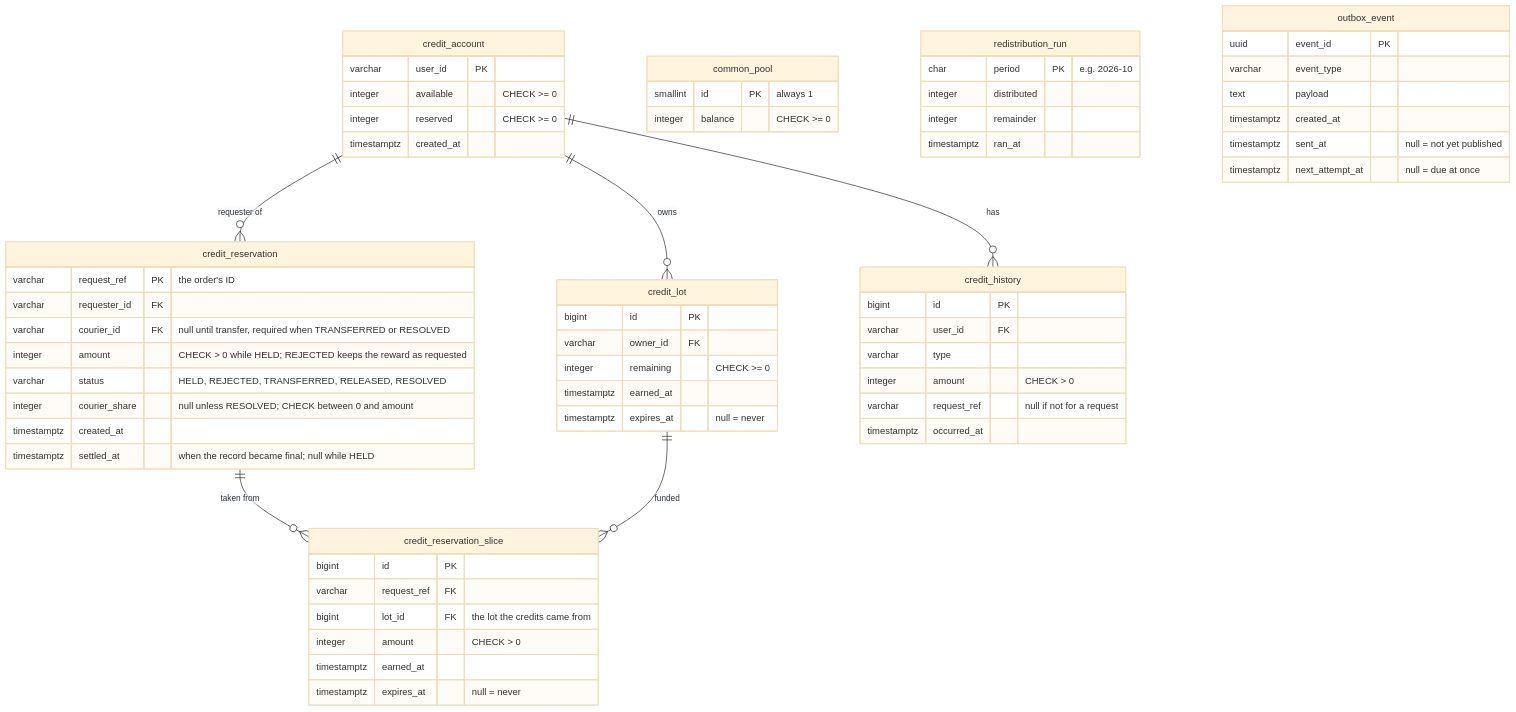
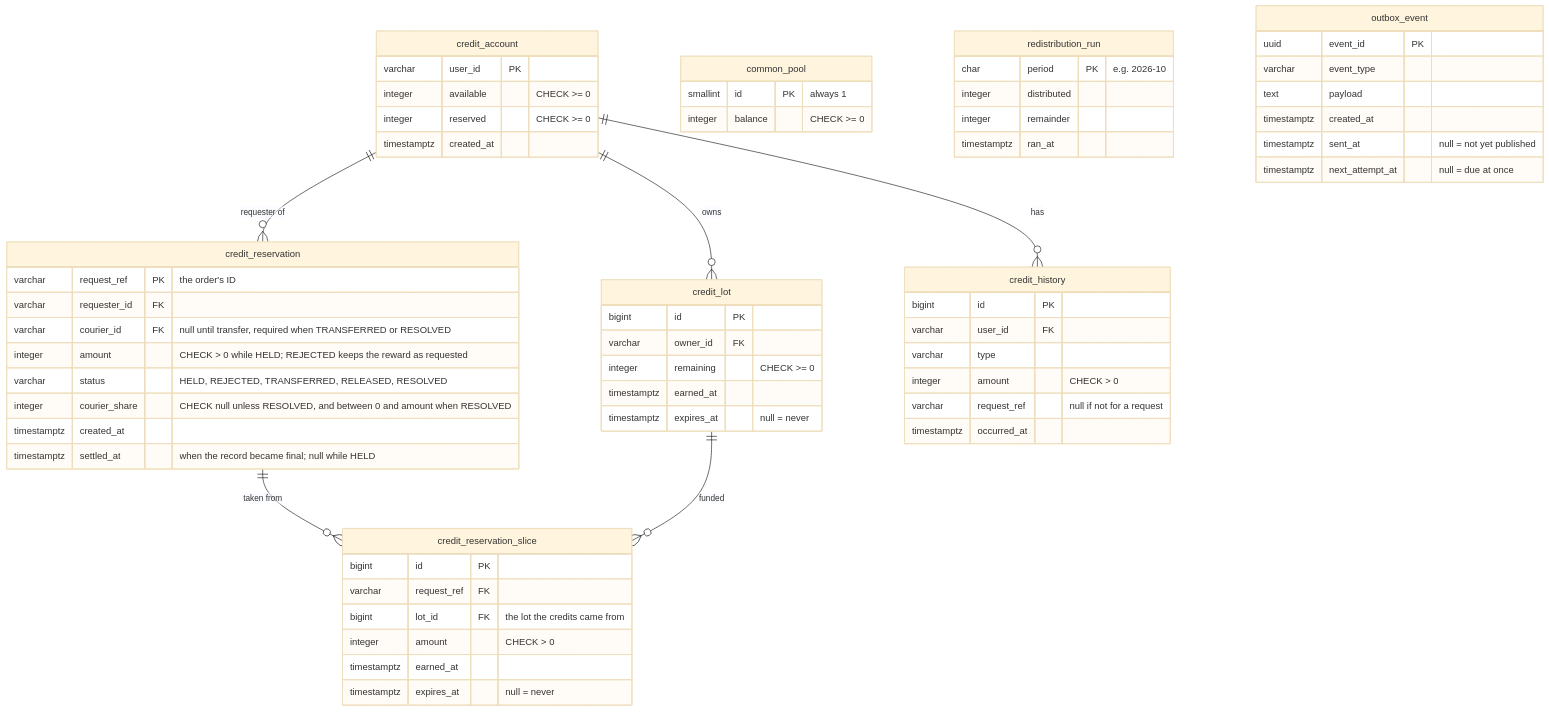
One commit to AY2627S1-CS3219-P23/foc changed the diagram in docs/credit-service.md. Above: the diagram before and after it, drawn with Mermaid (base theme). The commit also changed other lines of this file and 12 other files, not shown here.

````diff
--- a/docs/credit-service.md
+++ b/docs/credit-service.md
@@ -203,66 +212,66 @@
 ```mermaid
 erDiagram
     credit_account ||--o{ credit_reservation : "requester of"
     credit_account ||--o{ credit_lot : owns
     credit_account ||--o{ credit_history : "has"
     credit_reservation ||--o{ credit_reservation_slice : "taken from"
     credit_lot ||--o{ credit_reservation_slice : "funded"
  
     credit_account {
         varchar user_id PK
         integer available "CHECK >= 0"
         integer reserved "CHECK >= 0"
         timestamptz created_at
     }
     credit_reservation {
         varchar request_ref PK "the order's ID"
         varchar requester_id FK
         varchar courier_id FK "null until transfer, required when TRANSFERRED or RESOLVED"
         integer amount "CHECK > 0 while HELD; REJECTED keeps the reward as requested"
         varchar status "HELD, REJECTED, TRANSFERRED, RELEASED, RESOLVED"
-        integer courier_share "null unless RESOLVED; CHECK between 0 and amount"
+        integer courier_share "CHECK null unless RESOLVED, and between 0 and amount when RESOLVED"
         timestamptz created_at
         timestamptz settled_at "when the record became final; null while HELD"
     }
     credit_reservation_slice {
         bigint id PK
         varchar request_ref FK
         bigint lot_id FK "the lot the credits came from"
         integer amount "CHECK > 0"
         timestamptz earned_at
         timestamptz expires_at "null = never"
     }
     credit_lot {
         bigint id PK
         varchar owner_id FK
         integer remaining "CHECK >= 0"
         timestamptz earned_at
         timestamptz expires_at "null = never"
     }
     credit_history {
         bigint id PK
         varchar user_id FK
         varchar type
         integer amount "CHECK > 0"
         varchar request_ref "null if not for a request"
         timestamptz occurred_at
     }
     common_pool {
         smallint id PK "always 1"
         integer balance "CHECK >= 0"
     }
     redistribution_run {
         char period PK "e.g. 2026-10"
         integer distributed
         integer remainder
         timestamptz ran_at
     }
     outbox_event {
         uuid event_id PK
         varchar event_type
         text payload
         timestamptz created_at
         timestamptz sent_at "null = not yet published"
         timestamptz next_attempt_at "null = due at once"
     }
 ```
````
